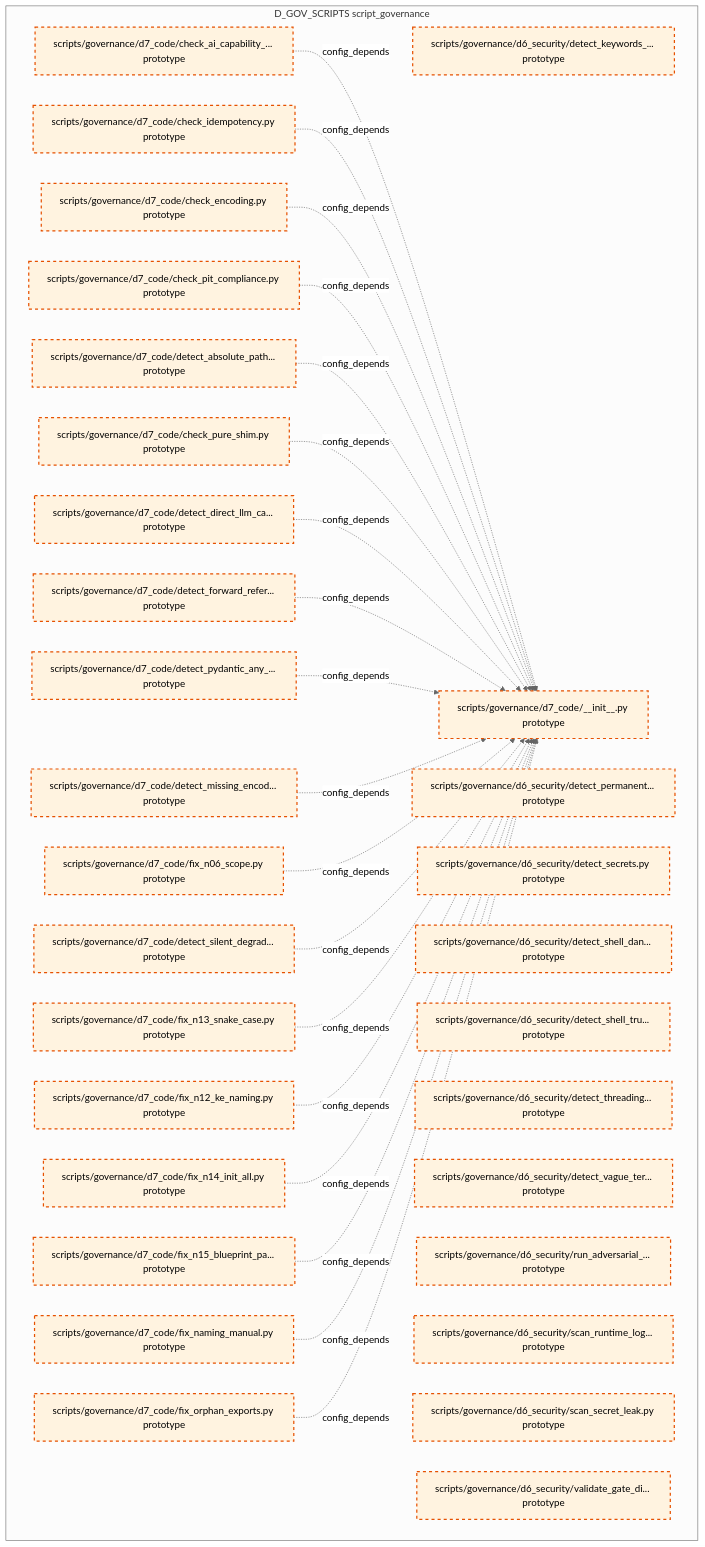
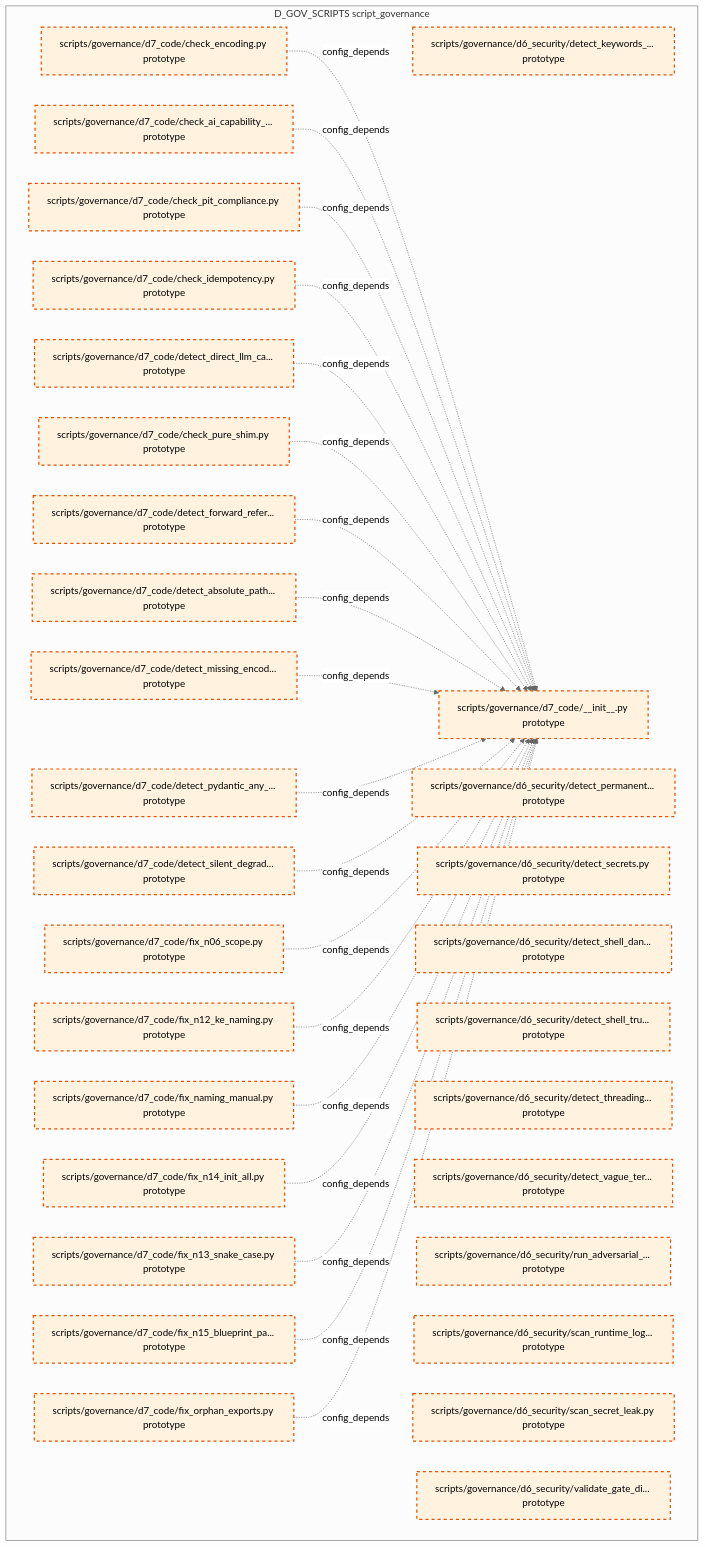
One commit to xuanFelixVan/ZephyrAlpha changed the tenth of 15 diagrams in docs/02_enterprise_architecture/02_domain_architecture_docs/38_d_gov_scripts.md. Above: the diagram before and after it, drawn with Mermaid (neutral theme). The commit also changed other lines of this file and 100 other files, not shown here.

````diff
--- a/docs/02_enterprise_architecture/02_domain_architecture_docs/38_d_gov_scripts.md
+++ b/docs/02_enterprise_architecture/02_domain_architecture_docs/38_d_gov_scripts.md
@@ -681,58 +683,58 @@
 ```mermaid
 graph TD
     subgraph D_GOV_SCRIPTS["D_GOV_SCRIPTS script_governance"]
         scripts_governance_d6_security_detect_keywords_in_logs_py["scripts/governance/d6_security/detect_keywords_... prototype"]
         scripts_governance_d6_security_detect_permanent_file_deletion_py["scripts/governance/d6_security/detect_permanent... prototype"]
         scripts_governance_d6_security_detect_secrets_py["scripts/governance/d6_security/detect_secrets.py prototype"]
         scripts_governance_d6_security_detect_shell_dangerous_py["scripts/governance/d6_security/detect_shell_dan... prototype"]
         scripts_governance_d6_security_detect_shell_true_py["scripts/governance/d6_security/detect_shell_tru... prototype"]
         scripts_governance_d6_security_detect_threading_lock_py["scripts/governance/d6_security/detect_threading... prototype"]
         scripts_governance_d6_security_detect_vague_terms_py["scripts/governance/d6_security/detect_vague_ter... prototype"]
         scripts_governance_d6_security_run_adversarial_checks_py["scripts/governance/d6_security/run_adversarial_... prototype"]
         scripts_governance_d6_security_scan_runtime_log_secrets_py["scripts/governance/d6_security/scan_runtime_log... prototype"]
         scripts_governance_d6_security_scan_secret_leak_py["scripts/governance/d6_security/scan_secret_leak.py prototype"]
         scripts_governance_d6_security_validate_gate_discipline_py["scripts/governance/d6_security/validate_gate_di... prototype"]
         scripts_governance_d7_code_init_py["scripts/governance/d7_code/__init__.py prototype"]
         scripts_governance_d7_code_check_ai_capability_boundary_py["scripts/governance/d7_code/check_ai_capability_... prototype"]
         scripts_governance_d7_code_check_encoding_py["scripts/governance/d7_code/check_encoding.py prototype"]
         scripts_governance_d7_code_check_idempotency_py["scripts/governance/d7_code/check_idempotency.py prototype"]
         scripts_governance_d7_code_check_pit_compliance_py["scripts/governance/d7_code/check_pit_compliance.py prototype"]
         scripts_governance_d7_code_check_pure_shim_py["scripts/governance/d7_code/check_pure_shim.py prototype"]
         scripts_governance_d7_code_detect_absolute_path_hardcoding_py["scripts/governance/d7_code/detect_absolute_path... prototype"]
         scripts_governance_d7_code_detect_direct_llm_calls_py["scripts/governance/d7_code/detect_direct_llm_ca... prototype"]
         scripts_governance_d7_code_detect_forward_reference_py["scripts/governance/d7_code/detect_forward_refer... prototype"]
         scripts_governance_d7_code_detect_missing_encoding_py["scripts/governance/d7_code/detect_missing_encod... prototype"]
         scripts_governance_d7_code_detect_pydantic_any_fields_py["scripts/governance/d7_code/detect_pydantic_any_... prototype"]
         scripts_governance_d7_code_detect_silent_degradation_py["scripts/governance/d7_code/detect_silent_degrad... prototype"]
         scripts_governance_d7_code_fix_n06_scope_py["scripts/governance/d7_code/fix_n06_scope.py prototype"]
         scripts_governance_d7_code_fix_n12_ke_naming_py["scripts/governance/d7_code/fix_n12_ke_naming.py prototype"]
         scripts_governance_d7_code_fix_n13_snake_case_py["scripts/governance/d7_code/fix_n13_snake_case.py prototype"]
         scripts_governance_d7_code_fix_n14_init_all_py["scripts/governance/d7_code/fix_n14_init_all.py prototype"]
         scripts_governance_d7_code_fix_n15_blueprint_path_py["scripts/governance/d7_code/fix_n15_blueprint_pa... prototype"]
         scripts_governance_d7_code_fix_naming_manual_py["scripts/governance/d7_code/fix_naming_manual.py prototype"]
         scripts_governance_d7_code_fix_orphan_exports_py["scripts/governance/d7_code/fix_orphan_exports.py prototype"]
     end
+    scripts_governance_d7_code_check_encoding_py -.->|config_depends| scripts_governance_d7_code_init_py
     scripts_governance_d7_code_check_ai_capability_boundary_py -.->|config_depends| scripts_governance_d7_code_init_py
+    scripts_governance_d7_code_check_pit_compliance_py -.->|config_depends| scripts_governance_d7_code_init_py
     scripts_governance_d7_code_check_idempotency_py -.->|config_depends| scripts_governance_d7_code_init_py
-    scripts_governance_d7_code_check_encoding_py -.->|config_depends| scripts_governance_d7_code_init_py
-    scripts_governance_d7_code_check_pit_compliance_py -.->|config_depends| scripts_governance_d7_code_init_py
+    scripts_governance_d7_code_detect_direct_llm_calls_py -.->|config_depends| scripts_governance_d7_code_init_py
+    scripts_governance_d7_code_check_pure_shim_py -.->|config_depends| scripts_governance_d7_code_init_py
+    scripts_governance_d7_code_detect_forward_reference_py -.->|config_depends| scripts_governance_d7_code_init_py
     scripts_governance_d7_code_detect_absolute_path_hardcoding_py -.->|config_depends| scripts_governance_d7_code_init_py
-    scripts_governance_d7_code_check_pure_shim_py -.->|config_depends| scripts_governance_d7_code_init_py
-    scripts_governance_d7_code_detect_direct_llm_calls_py -.->|config_depends| scripts_governance_d7_code_init_py
-    scripts_governance_d7_code_detect_forward_reference_py -.->|config_depends| scripts_governance_d7_code_init_py
+    scripts_governance_d7_code_detect_missing_encoding_py -.->|config_depends| scripts_governance_d7_code_init_py
     scripts_governance_d7_code_detect_pydantic_any_fields_py -.->|config_depends| scripts_governance_d7_code_init_py
-    scripts_governance_d7_code_detect_missing_encoding_py -.->|config_depends| scripts_governance_d7_code_init_py
+    scripts_governance_d7_code_detect_silent_degradation_py -.->|config_depends| scripts_governance_d7_code_init_py
     scripts_governance_d7_code_fix_n06_scope_py -.->|config_depends| scripts_governance_d7_code_init_py
-    scripts_governance_d7_code_detect_silent_degradation_py -.->|config_depends| scripts_governance_d7_code_init_py
+    scripts_governance_d7_code_fix_n12_ke_naming_py -.->|config_depends| scripts_governance_d7_code_init_py
+    scripts_governance_d7_code_fix_naming_manual_py -.->|config_depends| scripts_governance_d7_code_init_py
+    scripts_governance_d7_code_fix_n14_init_all_py -.->|config_depends| scripts_governance_d7_code_init_py
     scripts_governance_d7_code_fix_n13_snake_case_py -.->|config_depends| scripts_governance_d7_code_init_py
-    scripts_governance_d7_code_fix_n12_ke_naming_py -.->|config_depends| scripts_governance_d7_code_init_py
-    scripts_governance_d7_code_fix_n14_init_all_py -.->|config_depends| scripts_governance_d7_code_init_py
     scripts_governance_d7_code_fix_n15_blueprint_path_py -.->|config_depends| scripts_governance_d7_code_init_py
-    scripts_governance_d7_code_fix_naming_manual_py -.->|config_depends| scripts_governance_d7_code_init_py
     scripts_governance_d7_code_fix_orphan_exports_py -.->|config_depends| scripts_governance_d7_code_init_py
     classDef production fill:#e1f5fe,stroke:#01579b,stroke-width:2px,color:#000
     classDef design fill:#fff3e0,stroke:#e65100,stroke-width:2px,color:#000,stroke-dasharray: 5 5
     classDef external_prod fill:#e8f5e9,stroke:#1b5e20,stroke-width:1px,color:#000
     classDef external_design fill:#fce4ec,stroke:#880e4f,stroke-width:1px,color:#000,stroke-dasharray: 5 5
     class scripts_governance_d6_security_detect_keywords_in_logs_py,scripts_governance_d6_security_detect_permanent_file_deletion_py,scripts_governance_d6_security_detect_secrets_py,scripts_governance_d6_security_detect_shell_dangerous_py,scripts_governance_d6_security_detect_shell_true_py,scripts_governance_d6_security_detect_threading_lock_py,scripts_governance_d6_security_detect_vague_terms_py,scripts_governance_d6_security_run_adversarial_checks_py,scripts_governance_d6_security_scan_runtime_log_secrets_py,scripts_governance_d6_security_scan_secret_leak_py,scripts_governance_d6_security_validate_gate_discipline_py,scripts_governance_d7_code_init_py,scripts_governance_d7_code_check_ai_capability_boundary_py,scripts_governance_d7_code_check_encoding_py,scripts_governance_d7_code_check_idempotency_py,scripts_governance_d7_code_check_pit_compliance_py,scripts_governance_d7_code_check_pure_shim_py,scripts_governance_d7_code_detect_absolute_path_hardcoding_py,scripts_governance_d7_code_detect_direct_llm_calls_py,scripts_governance_d7_code_detect_forward_reference_py,scripts_governance_d7_code_detect_missing_encoding_py,scripts_governance_d7_code_detect_pydantic_any_fields_py,scripts_governance_d7_code_detect_silent_degradation_py,scripts_governance_d7_code_fix_n06_scope_py,scripts_governance_d7_code_fix_n12_ke_naming_py,scripts_governance_d7_code_fix_n13_snake_case_py,scripts_governance_d7_code_fix_n14_init_all_py,scripts_governance_d7_code_fix_n15_blueprint_path_py,scripts_governance_d7_code_fix_naming_manual_py,scripts_governance_d7_code_fix_orphan_exports_py design
 ```
````
